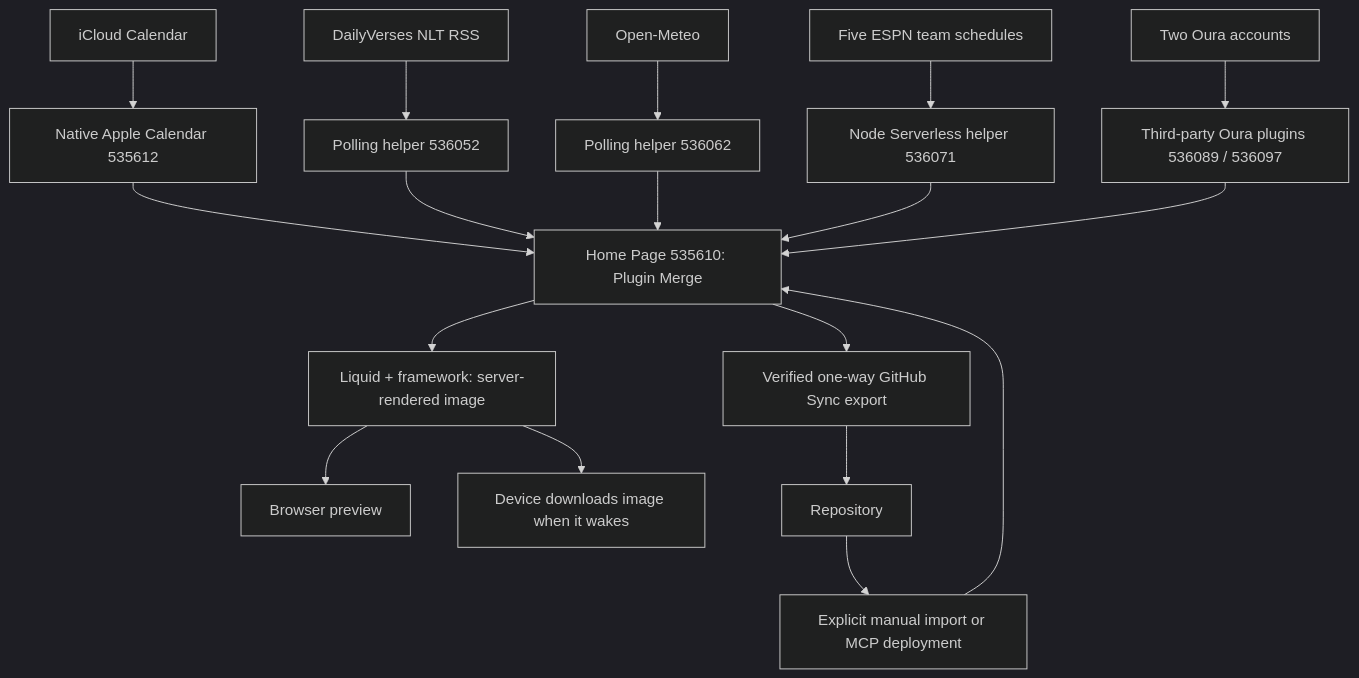
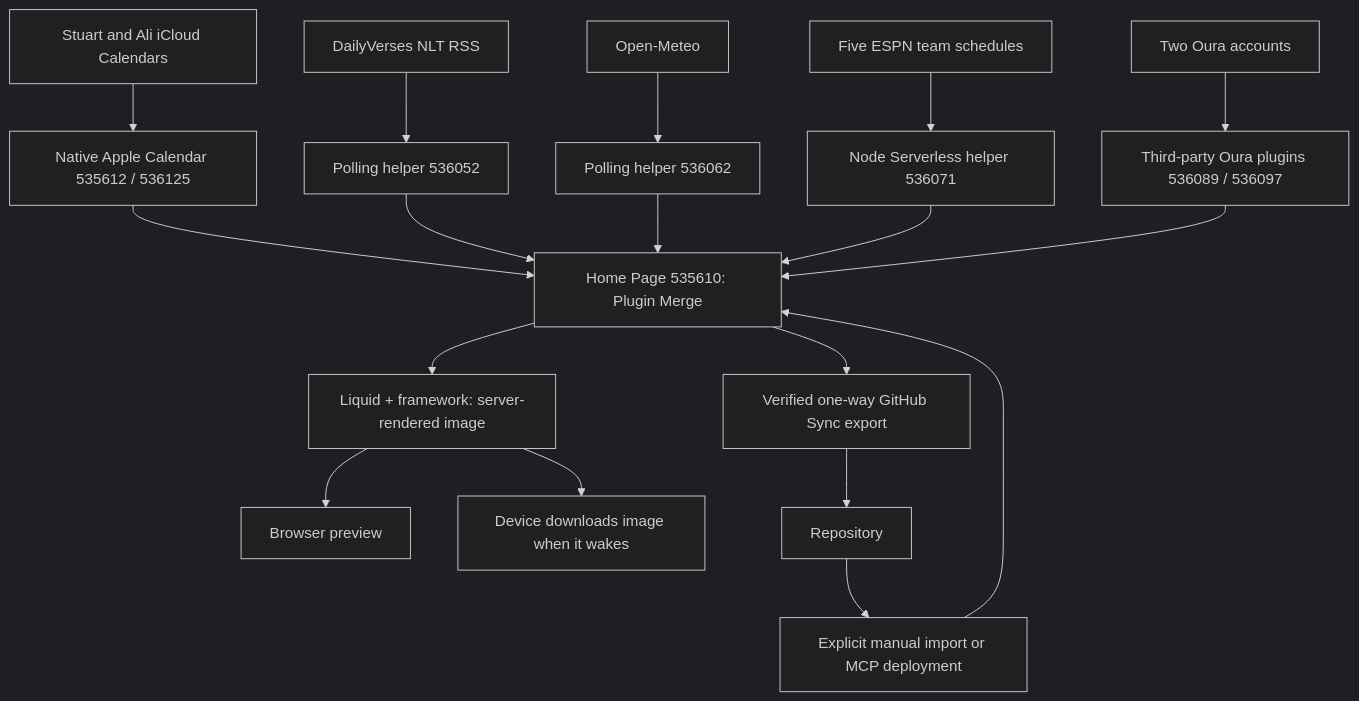
Before and after one commit to stuartalvey/trmnl: the diagram in docs/ARCHITECTURE.md, drawn with Mermaid (dark theme). The commit also changed other lines of this file and 5 other files, not shown here.

Commit message:
Document and test merged Stuart and Ali calendars

````diff
--- a/docs/ARCHITECTURE.md
+++ b/docs/ARCHITECTURE.md
@@ -20,20 +20,20 @@
 ```mermaid
 flowchart TD
-  Apple[iCloud Calendar] --> Native[Native Apple Calendar 535612]
+  Apple[Stuart and Ali iCloud Calendars] --> Native[Native Apple Calendar 535612 / 536125]
   Verse[DailyVerses NLT RSS] --> V[Polling helper 536052]
   Weather[Open-Meteo] --> W[Polling helper 536062]
   ESPN[Five ESPN team schedules] --> S[Node Serverless helper 536071]
   Native --> Home[Home Page 535610: Plugin Merge]
   V --> Home
   W --> Home
   S --> Home
   Oura[Two Oura accounts] --> O[Third-party Oura plugins 536089 / 536097]
   O --> Home
   Home --> Render[Liquid + framework: server-rendered image]
   Render --> Preview[Browser preview]
   Render --> Device[Device downloads image when it wakes]
   Home --> Export[Verified one-way GitHub Sync export]
   Export --> Git[Repository]
   Git --> Manual[Explicit manual import or MCP deployment]
   Manual --> Home
 ```
````
